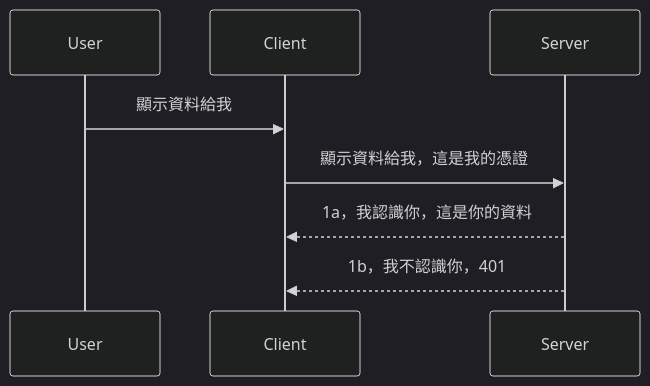
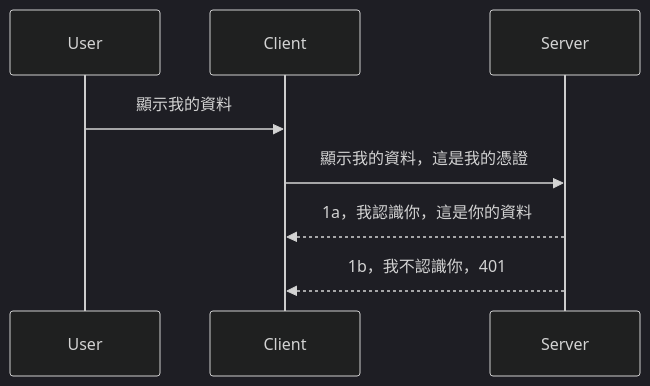
One commit to HIDORAKAI002/ai-workspace-archive changed the diagram in mcp_ecosystem__model_context_protocol/mcp_learning_resources/mcp-for-beginners/translations/zh-TW/03-GettingStarted/11-simple-auth/README.md. Above: the diagram before and after it, drawn with Mermaid (dark theme). The commit also changed other lines of this file and 1160 other files, not shown here.

````diff
--- a/mcp_ecosystem__model_context_protocol/mcp_learning_resources/mcp-for-beginners/translations/zh-TW/03-GettingStarted/11-simple-auth/README.md
+++ b/mcp_ecosystem__model_context_protocol/mcp_learning_resources/mcp-for-beginners/translations/zh-TW/03-GettingStarted/11-simple-auth/README.md
@@ -24,11 +24,11 @@
 ```mermaid
 sequenceDiagram
    participant User
    participant Client
    participant Server
 
-   User->>Client: 顯示資料給我
-   Client->>Server: 顯示資料給我，這是我的憑證
+   User->>Client: 顯示我的資料
+   Client->>Server: 顯示我的資料，這是我的憑證
    Server-->>Client: 1a，我認識你，這是你的資料
    Server-->>Client: 1b，我不認識你，401 
 ```
````
